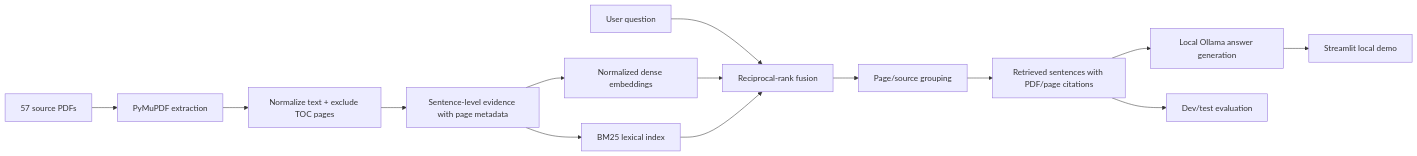
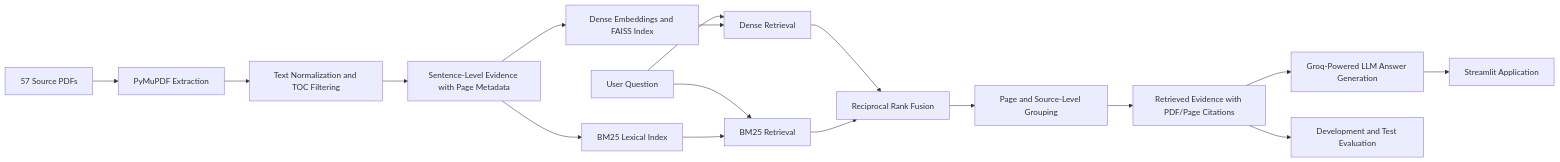
The diagram in ARCHITECTURE.md (Akshay2005K/Hybrid-RAG-System-for-Indian-Securities-Market-Regulations), drawn with Mermaid before and after one commit. The commit also changed other lines of this file, not shown here.

````diff
--- a/ARCHITECTURE.md
+++ b/ARCHITECTURE.md
@@ -3,16 +3,26 @@
 ```mermaid
 flowchart LR
-    PDFs[57 source PDFs] --> Extract[PyMuPDF extraction]
-    Extract --> Clean[Normalize text + exclude TOC pages]
-    Clean --> Sentence[Sentence-level evidence with page metadata]
-    Sentence --> Dense[Normalized dense embeddings]
-    Sentence --> BM25[BM25 lexical index]
-    Query[User question] --> Fuse[Reciprocal-rank fusion]
-    Dense --> Fuse
-    BM25 --> Fuse
-    Fuse --> Group[Page/source grouping]
-    Group --> Results[Retrieved sentences with PDF/page citations]
-    Results --> LLM[Local Ollama answer generation]
-    LLM --> Demo[Streamlit local demo]
-    Results --> Eval[Dev/test evaluation]
+    PDFs[57 Source PDFs] --> Extract[PyMuPDF Extraction]
+    Extract --> Clean[Text Normalization and TOC Filtering]
+    Clean --> Sentence[Sentence-Level Evidence with Page Metadata]
+
+    Sentence --> Dense[Dense Embeddings and FAISS Index]
+    Sentence --> BM25[BM25 Lexical Index]
+
+    Query[User Question] --> DenseSearch[Dense Retrieval]
+    Query --> BM25Search[BM25 Retrieval]
+
+    Dense --> DenseSearch
+    BM25 --> BM25Search
+
+    DenseSearch --> Fuse[Reciprocal Rank Fusion]
+    BM25Search --> Fuse
+
+    Fuse --> Group[Page and Source-Level Grouping]
+    Group --> Results[Retrieved Evidence with PDF/Page Citations]
+
+    Results --> LLM[Groq-Powered LLM Answer Generation]
+    LLM --> Demo[Streamlit Application]
+
+    Results --> Eval[Development and Test Evaluation]
 ```
````
